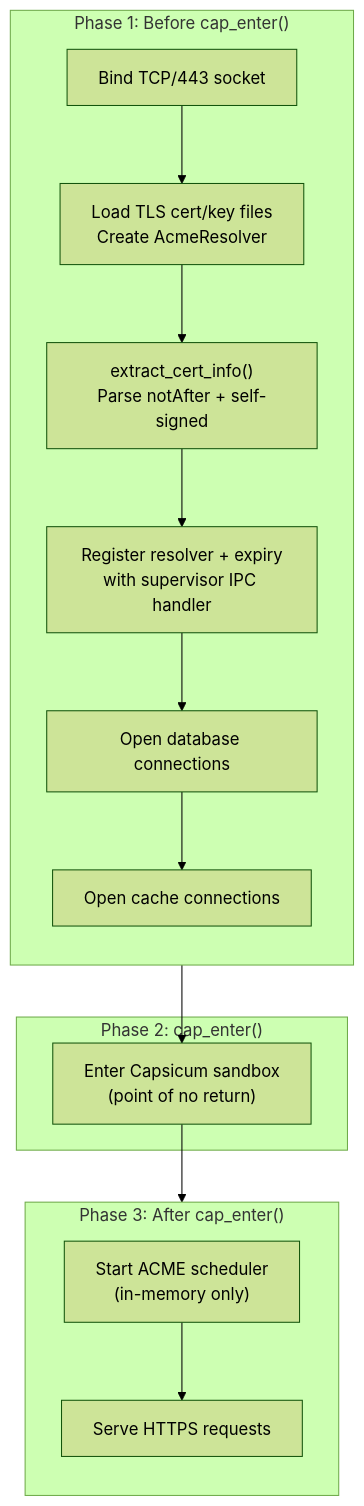
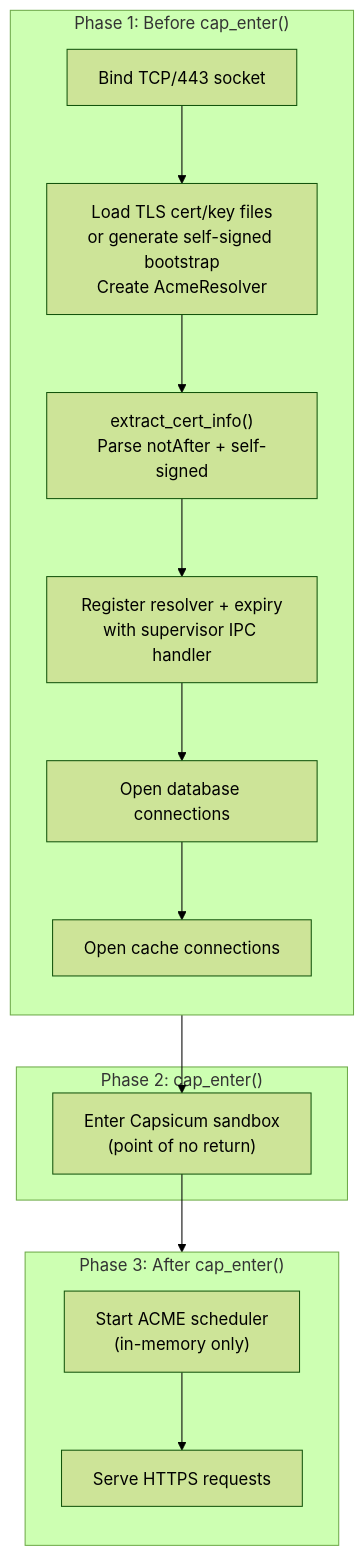
One commit to rbenaley/Vauban changed the eighth of 9 diagrams in docs/technical/Vauban_ACME_TLS_Architecture_EN(1.0).md. Above: the diagram before and after it, drawn with Mermaid (forest theme). The commit also changed other lines of this file and 6 other files, not shown here.

First line of the commit message:
feat(acme): auto-generate self-signed bootstrap cert when files missing

````diff
--- a/docs/technical/Vauban_ACME_TLS_Architecture_EN(1.0).md
+++ b/docs/technical/Vauban_ACME_TLS_Architecture_EN(1.0).md
@@ -558,24 +591,24 @@
 ```mermaid
 flowchart TD
     subgraph phase1 ["Phase 1: Before cap_enter()"]
         direction TB
         Bind["Bind TCP/443 socket"]
-        LoadTLS["Load TLS cert/key files<br/>Create AcmeResolver"]
+        LoadTLS["Load TLS cert/key files<br/>or generate self-signed bootstrap<br/>Create AcmeResolver"]
         ExtractMeta["extract_cert_info()<br/>Parse notAfter + self-signed"]
         Register["Register resolver + expiry<br/>with supervisor IPC handler"]
         DB["Open database connections"]
         Cache["Open cache connections"]
     end
 
     subgraph phase2 ["Phase 2: cap_enter()"]
         Sandbox["Enter Capsicum sandbox<br/>(point of no return)"]
     end
 
     subgraph phase3 ["Phase 3: After cap_enter()"]
         direction TB
         Scheduler["Start ACME scheduler<br/>(in-memory only)"]
         Serve["Serve HTTPS requests"]
     end
 
     Bind --> LoadTLS --> ExtractMeta --> Register --> DB --> Cache --> Sandbox --> Scheduler --> Serve
 ```
````
